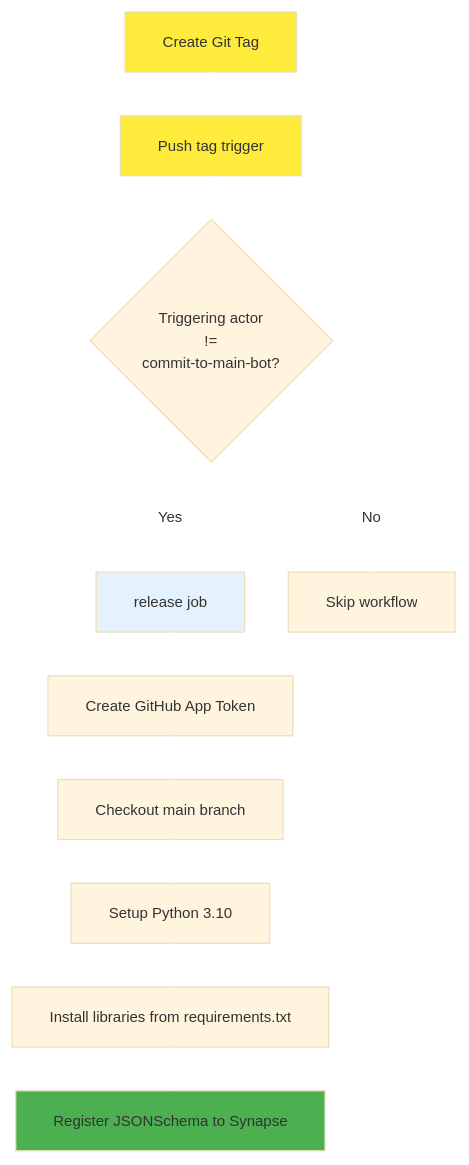
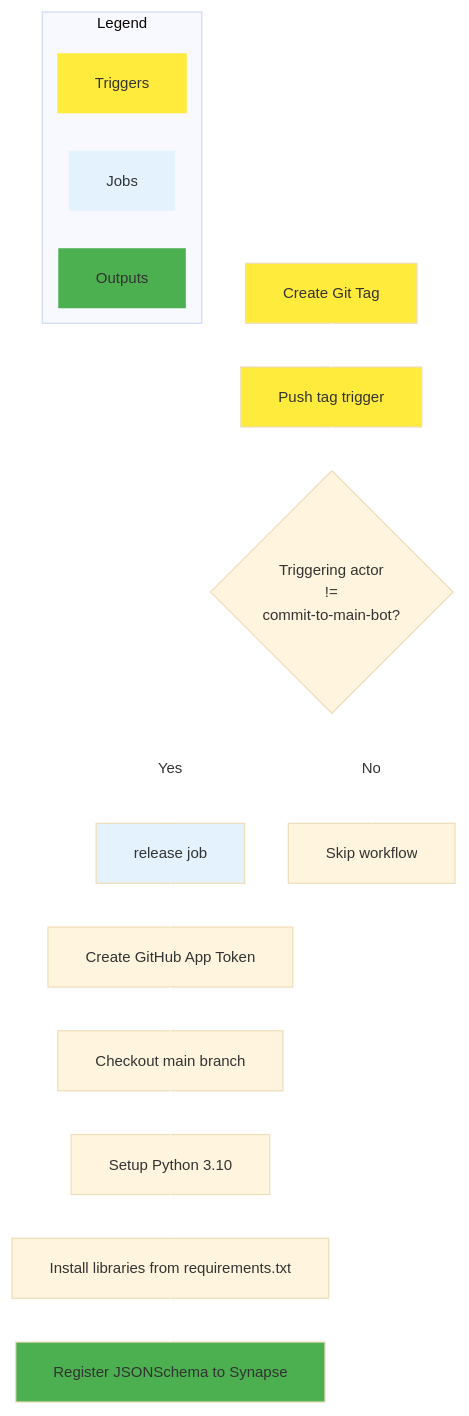
Before and after one commit to adknowledgeportal/data-models: the second of 2 diagrams in .github/workflows/README.md, drawn with Mermaid. The commit also changed other lines of this file, not shown here.

````diff
--- a/.github/workflows/README.md
+++ b/.github/workflows/README.md
@@ -123,20 +133,30 @@
 ```mermaid
 %%{init: {"flowchart": {"defaultRenderer": "elk"}, "theme": "base", "themeVariables": {"fontSize": "12px", "lineColor": "#ffffff", "edgeLabelBackground": "#ffffff"}}}%%
     flowchart TD
     A[Create Git Tag] --> B[Push tag trigger]
     
     B --> C{Triggering actor<br>!=<br>commit-to-main-bot?}
     C -->|Yes| D[release job]
     C -->|No| Z[Skip workflow]
     
     D --> D1[Create GitHub App Token]
     D1 --> D2[Checkout main branch]
     D2 --> D3[Setup Python 3.10]
     D3 --> D4[Install libraries from requirements.txt]
     D4 --> D5[Register JSONSchema to Synapse]
+    subgraph Legend
+        direction TB
+        triggers[Triggers]
+        jobs[Jobs]
+        outputs[Outputs]
+        triggers ~~~ jobs ~~~ outputs
+        style triggers fill:#ffeb3b,stroke-width:0px
+        style jobs fill:#e3f2fd,stroke-width:0px
+        style outputs fill:#4caf50,stroke-width:0px
+    end
     
     style A fill:#ffeb3b
     style B fill:#ffeb3b
     style D fill:#e3f2fd
     style D5 fill:#4caf50
 ```
````
